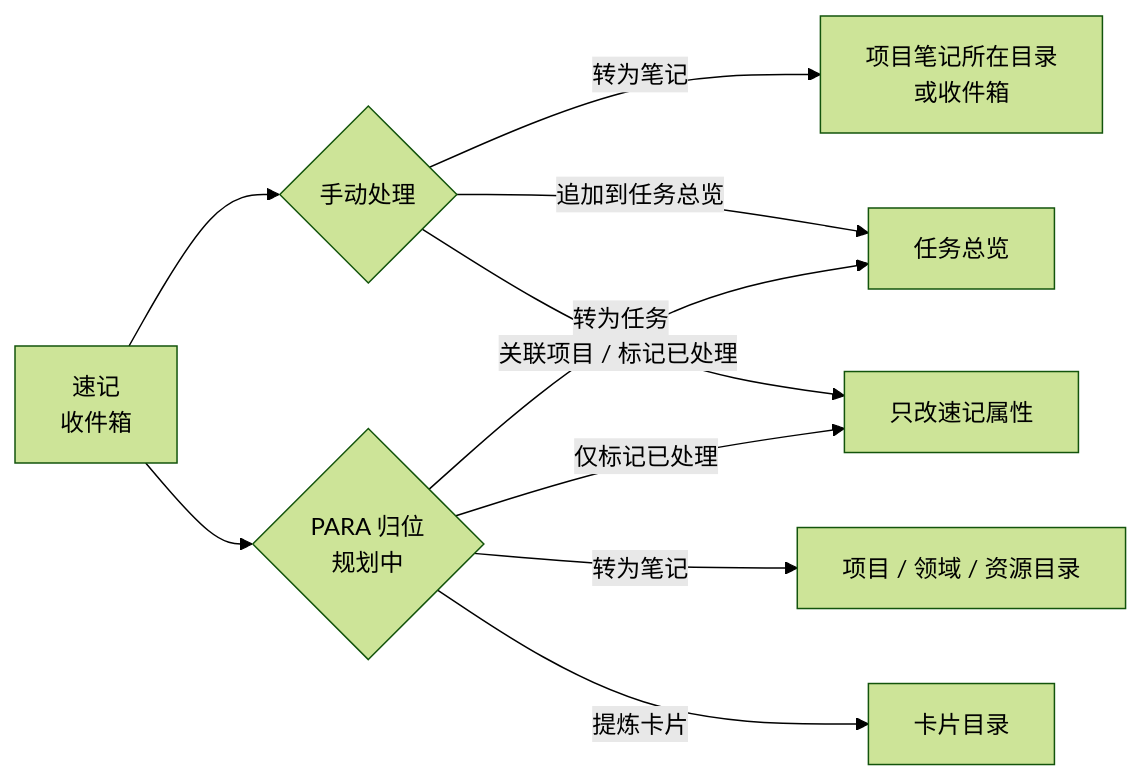
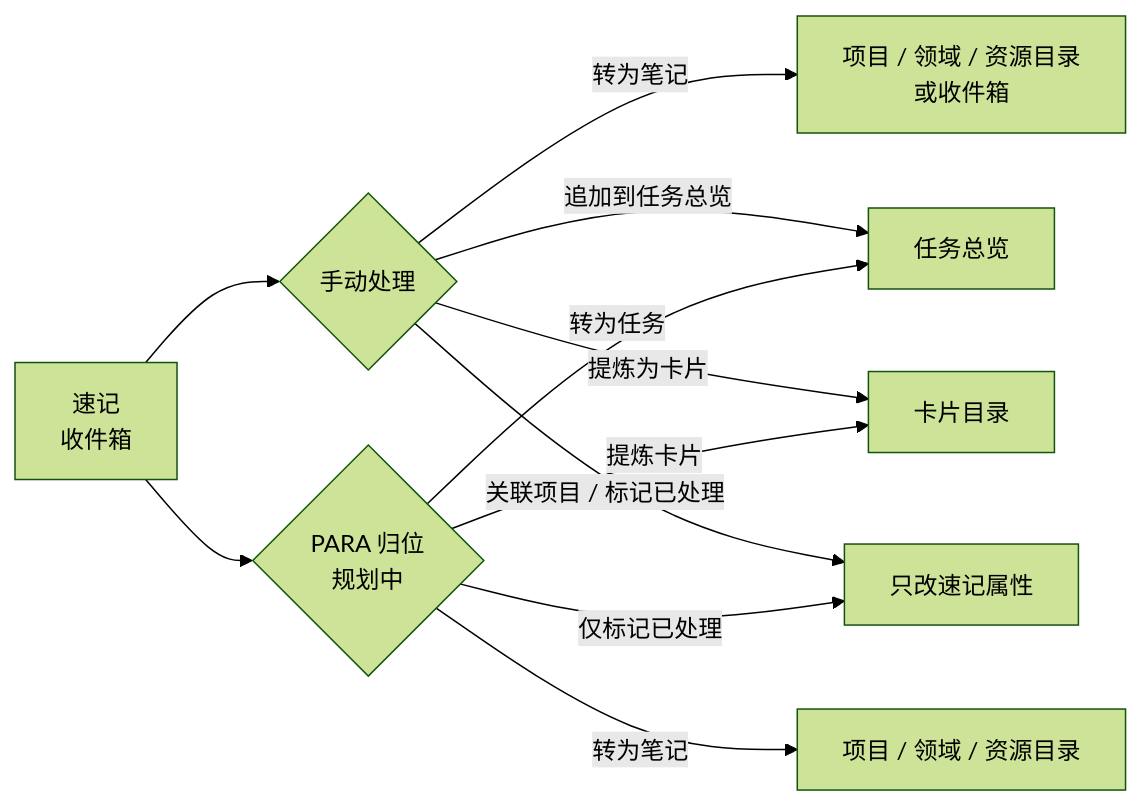
Before and after one commit to tangwz/tangrow: the diagram in docs/PARA.md, drawn with Mermaid (forest theme). The commit also changed other lines of this file and 71 other files, not shown here.

````diff
--- a/docs/PARA.md
+++ b/docs/PARA.md
@@ -119,12 +118,13 @@
 ```mermaid
 flowchart LR
   C[速记<br/>收件箱] --> M{手动处理}
   C --> E{PARA 归位<br/>规划中}
-  M -->|转为笔记| MN[项目笔记所在目录<br/>或收件箱]
+  M -->|转为笔记| MN[项目 / 领域 / 资源目录<br/>或收件箱]
   M -->|追加到任务总览| T[任务总览]
+  M -->|提炼为卡片| K[卡片目录]
   M -->|关联项目 / 标记已处理| S[只改速记属性]
   E -->|转为笔记| EN[项目 / 领域 / 资源目录]
   E -->|转为任务| T
   E -->|提炼卡片| K[卡片目录]
   E -->|仅标记已处理| S
 ```
````
